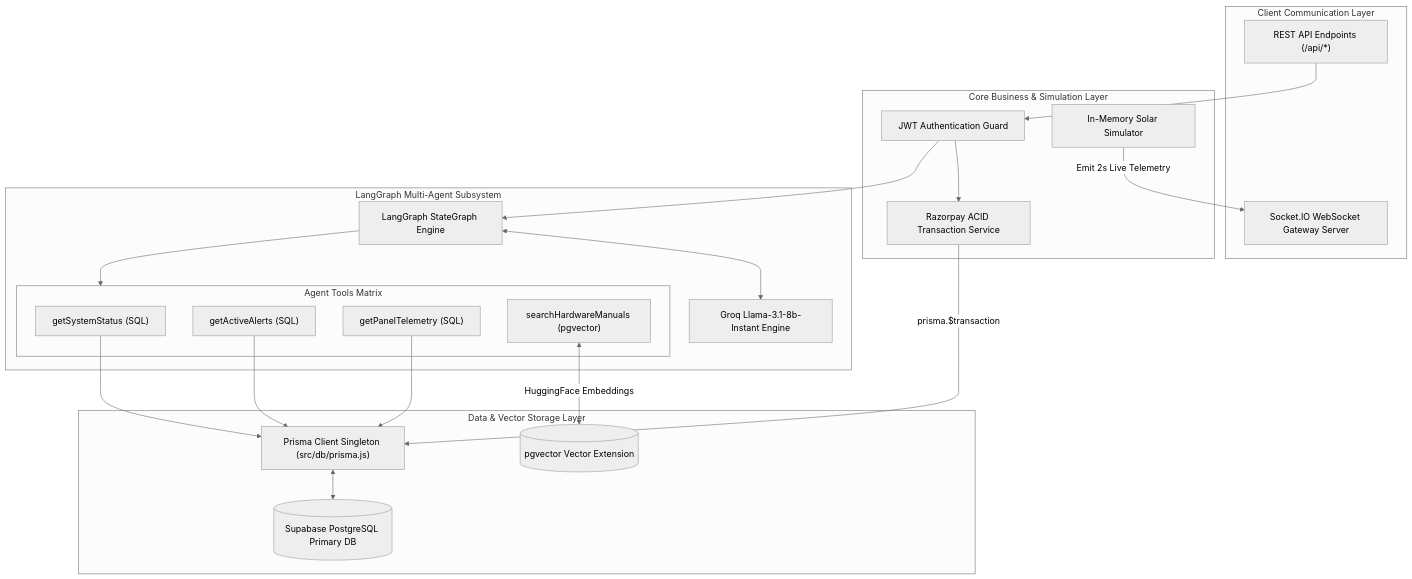
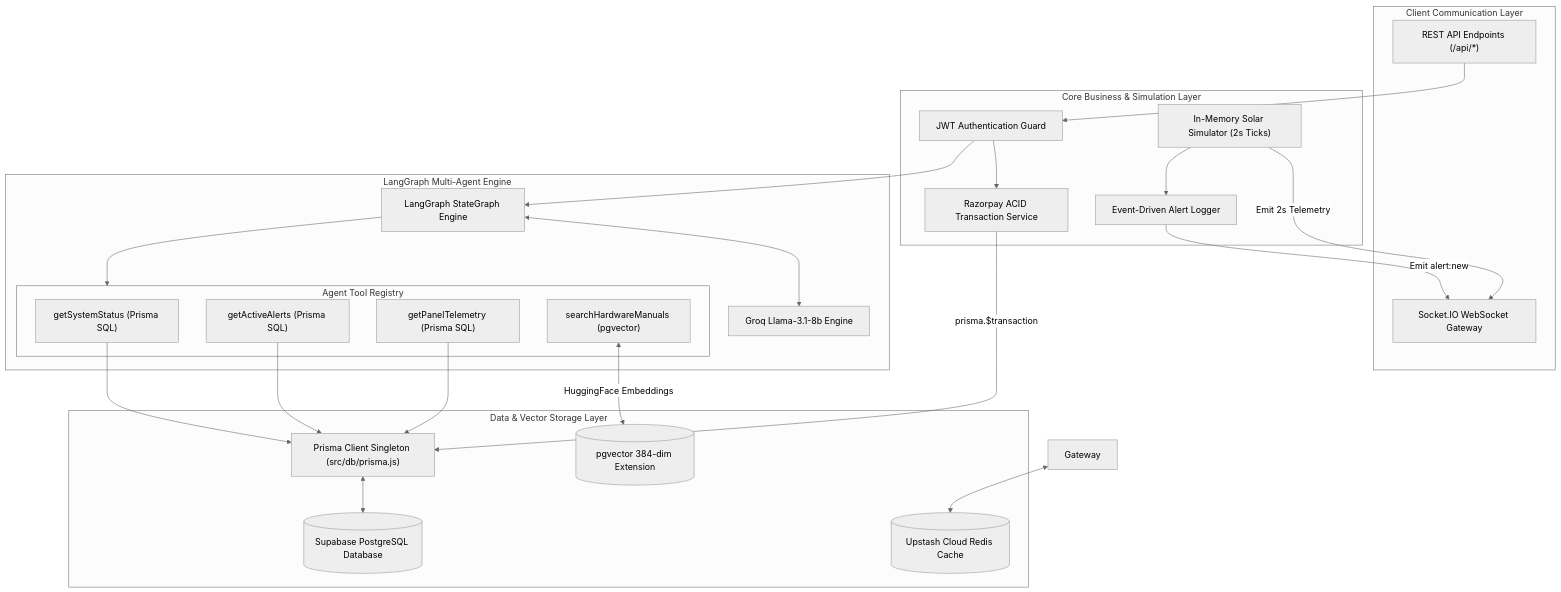
One commit to ItsAbhishekkashyap/gridsense_server changed the first of 4 diagrams in README.md. Above: the diagram before and after it, drawn with Mermaid (neutral theme). The commit also changed other lines of this file, not shown here.

````diff
--- a/README.md
+++ b/README.md
@@ -9,44 +31,49 @@
 ```mermaid
 flowchart TB
     subgraph Ingestion ["Client Communication Layer"]
         REST["REST API Endpoints (/api/*)"]
-        WS["Socket.IO WebSocket Gateway Server"]
+        WS["Socket.IO WebSocket Gateway"]
     end
 
     subgraph BusinessLogic ["Core Business & Simulation Layer"]
         AuthMiddleware["JWT Authentication Guard"]
-        SimulatorModule["In-Memory Solar Simulator"]
+        SimulatorModule["In-Memory Solar Simulator (2s Ticks)"]
         PaymentService["Razorpay ACID Transaction Service"]
+        AlertService["Event-Driven Alert Logger"]
     end
 
-    subgraph Intelligence ["LangGraph Multi-Agent Subsystem"]
+    subgraph Intelligence ["LangGraph Multi-Agent Engine"]
         CopilotGraph["LangGraph StateGraph Engine"]
-        GroqLLM["Groq Llama-3.1-8b-Instant Engine"]
+        GroqLLM["Groq Llama-3.1-8b Engine"]
         
-        subgraph ToolRegistry ["Agent Tools Matrix"]
-            T1["getSystemStatus (SQL)"]
-            T2["getActiveAlerts (SQL)"]
-            T3["getPanelTelemetry (SQL)"]
+        subgraph ToolRegistry ["Agent Tool Registry"]
+            T1["getSystemStatus (Prisma SQL)"]
+            T2["getActiveAlerts (Prisma SQL)"]
+            T3["getPanelTelemetry (Prisma SQL)"]
             T4["searchHardwareManuals (pgvector)"]
         end
     end
 
     subgraph DatabaseLayer ["Data & Vector Storage Layer"]
         PrismaORM["Prisma Client Singleton (src/db/prisma.js)"]
-        PgPrimary[(Supabase PostgreSQL Primary DB)]
-        PgVector[(pgvector Vector Extension)]
+        PgPrimary[(Supabase PostgreSQL Database)]
+        PgVector[(pgvector 384-dim Extension)]
+        UpstashCache[(Upstash Cloud Redis Cache)]
     end
 
     REST --> AuthMiddleware
     AuthMiddleware --> PaymentService
     AuthMiddleware --> CopilotGraph
-    SimulatorModule -->|Emit 2s Live Telemetry| WS
+    SimulatorModule -->|Emit 2s Telemetry| WS
+    SimulatorModule --> AlertService
+    AlertService -->|Emit alert:new| WS
     CopilotGraph <--> GroqLLM
     CopilotGraph --> ToolRegistry
     T1 --> PrismaORM
     T2 --> PrismaORM
     T3 --> PrismaORM
     T4 <-->|HuggingFace Embeddings| PgVector
+    Gateway <--> UpstashCache
     PaymentService -->|prisma.$transaction| PrismaORM
     PrismaORM <--> PgPrimary
 ```
````
